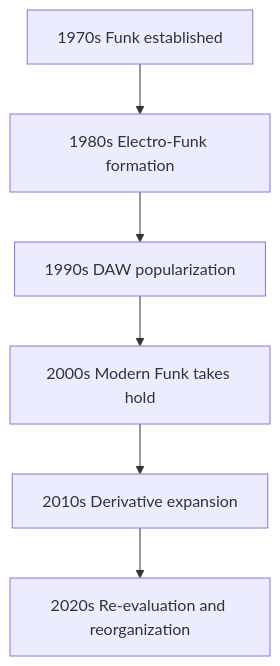
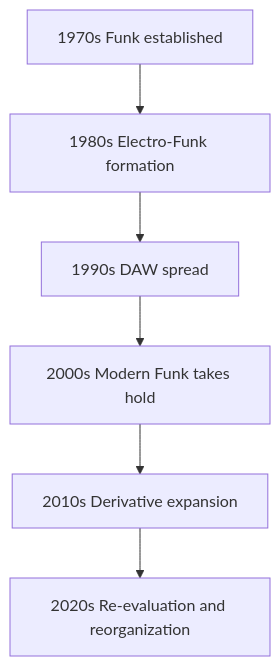
One commit to monumental-movement/monumental-movement.github.io changed the second of 2 diagrams in en/_posts/2025-12-15-column-electro-Funk-modern-funk.md. Above: the diagram before and after it, drawn with Mermaid. The commit also changed other lines of this file and 375 other files, not shown here.

```diff
--- a/en/_posts/2025-12-15-column-electro-Funk-modern-funk.md
+++ b/en/_posts/2025-12-15-column-electro-Funk-modern-funk.md
@@ -144,4 +144,4 @@
 <div class="mermaid">
 flowchart TD
-    A[1970s Funk established] --> B[1980s Electro-Funk formation] --> C[1990s DAW popularization] --> D[2000s Modern Funk takes hold] --> E[2010s Derivative expansion] --> F[2020s Re-evaluation and reorganization]
+    A[1970s Funk established] --> B[1980s Electro-Funk formation] --> C[1990s DAW spread] --> D[2000s Modern Funk takes hold] --> E[2010s Derivative expansion] --> F[2020s Re-evaluation and reorganization]
 </div>
```
